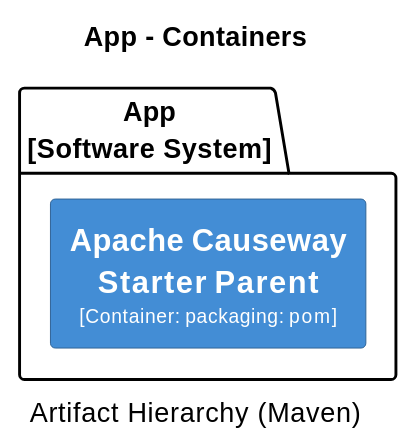
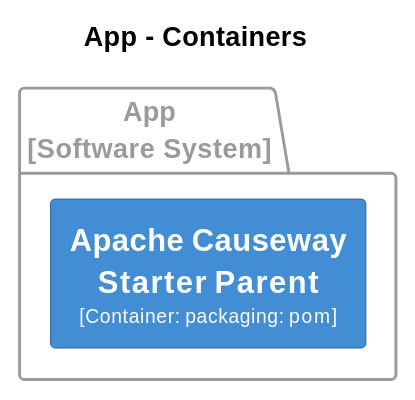
One commit to apache/causeway changed the first of 31 diagrams in core/adoc/modules/_overview/pages/about.adoc. Above: the diagram before and after it, drawn with PlantUML. The commit also changed other lines of this file and 7 other files, not shown here.

```diff
--- a/core/adoc/modules/_overview/pages/about.adoc
+++ b/core/adoc/modules/_overview/pages/about.adoc
@@ -8,25 +8,33 @@
 [plantuml,App,svg]
 ----
-@startuml(id=App)
+@startuml
+set separator none
 title App - Containers
-caption Artifact Hierarchy (Maven)
+
+left to right direction
 
 skinparam {
   shadowing false
   arrowFontSize 10
   defaultTextAlignment center
   wrapWidth 200
   maxMessageSize 100
 }
+
 hide stereotype
-left to right direction
-skinparam rectangle<<2>> {
+
+skinparam rectangle<<App.ApacheCausewayStarterParent>> {
   BackgroundColor #438dd5
   FontColor #fffffe
   BorderColor #2e6295
 }
-package "App\n[Software System]" {
-  rectangle "==Apache Causeway Starter Parent\n<size:10>[Container: packaging: pom]</size>" <<2>> as 2
+
+package "App\n[Software System]" <<App>> {
+  skinparam PackageBorderColor<<App>> #9a9a9a
+  skinparam PackageFontColor<<App>> #9a9a9a
+
+  rectangle "==Apache Causeway Starter Parent\n<size:10>[Container: packaging: pom]</size>" <<App.ApacheCausewayStarterParent>> as App.ApacheCausewayStarterParent
 }
+
 @enduml
 ----
```
